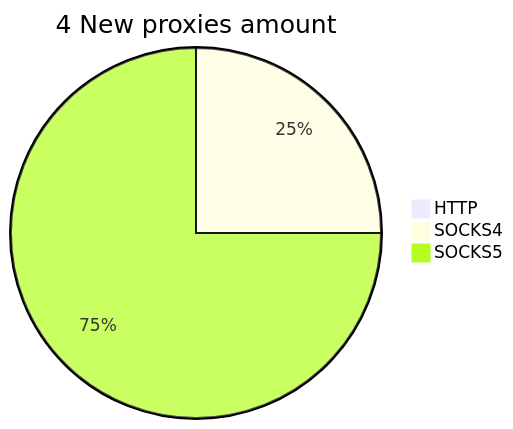
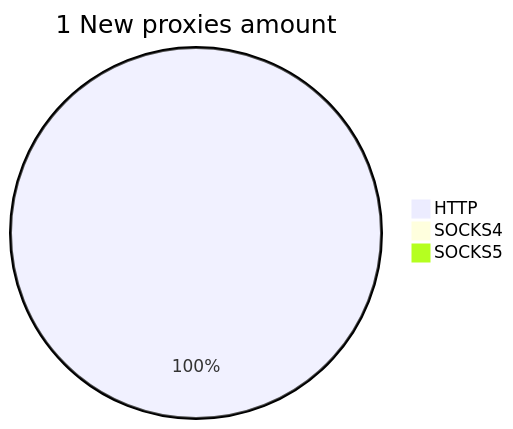
The second of 2 diagrams in README.md (cutipu/proxylist), drawn with Mermaid before and after one commit. The commit also changed other lines of this file, not shown here.

````diff
--- a/README.md
+++ b/README.md
@@ -10,6 +10,6 @@
 ```mermaid
-pie title 4 New proxies amount
-    "HTTP" : 0
-    "SOCKS4" : 1
-    "SOCKS5" : 3
+pie title 1 New proxies amount
+    "HTTP" : 1
+    "SOCKS4" : 0
+    "SOCKS5" : 0
 ```
````
